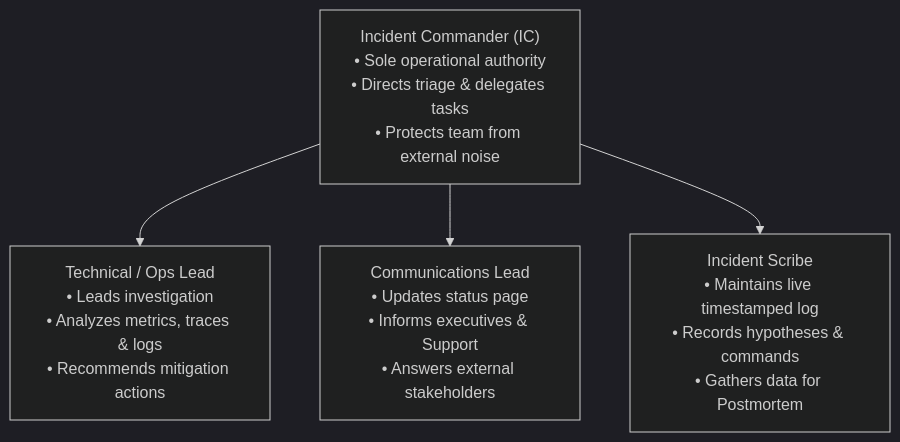
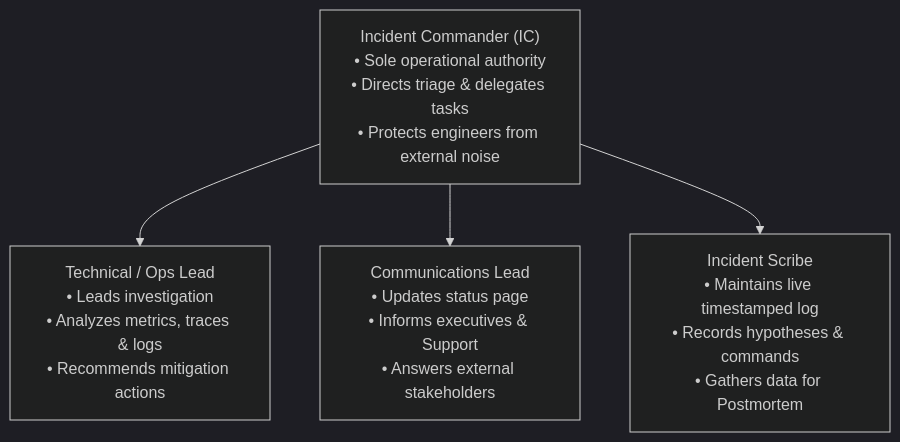
Before and after one commit to weaponxwolf/backend-engineering-mastry: the fourth of 5 diagrams in docs/production/incident-response.mdx, drawn with Mermaid (dark theme). The commit also changed other lines of this file and 16 other files, not shown here.

````diff
--- a/docs/production/incident-response.mdx
+++ b/docs/production/incident-response.mdx
@@ -56,8 +193,8 @@
 ```mermaid
 flowchart TD
-    IC["Incident Commander (IC)\n• Sole operational authority\n• Directs triage & delegates tasks\n• Protects team from external noise"]
+    IC["Incident Commander (IC)\n• Sole operational authority\n• Directs triage & delegates tasks\n• Protects engineers from external noise"]
     
     IC --> TL["Technical / Ops Lead\n• Leads investigation\n• Analyzes metrics, traces & logs\n• Recommends mitigation actions"]
     IC --> CL["Communications Lead\n• Updates status page\n• Informs executives & Support\n• Answers external stakeholders"]
     IC --> SC["Incident Scribe\n• Maintains live timestamped log\n• Records hypotheses & commands\n• Gathers data for Postmortem"]
 ```
````
